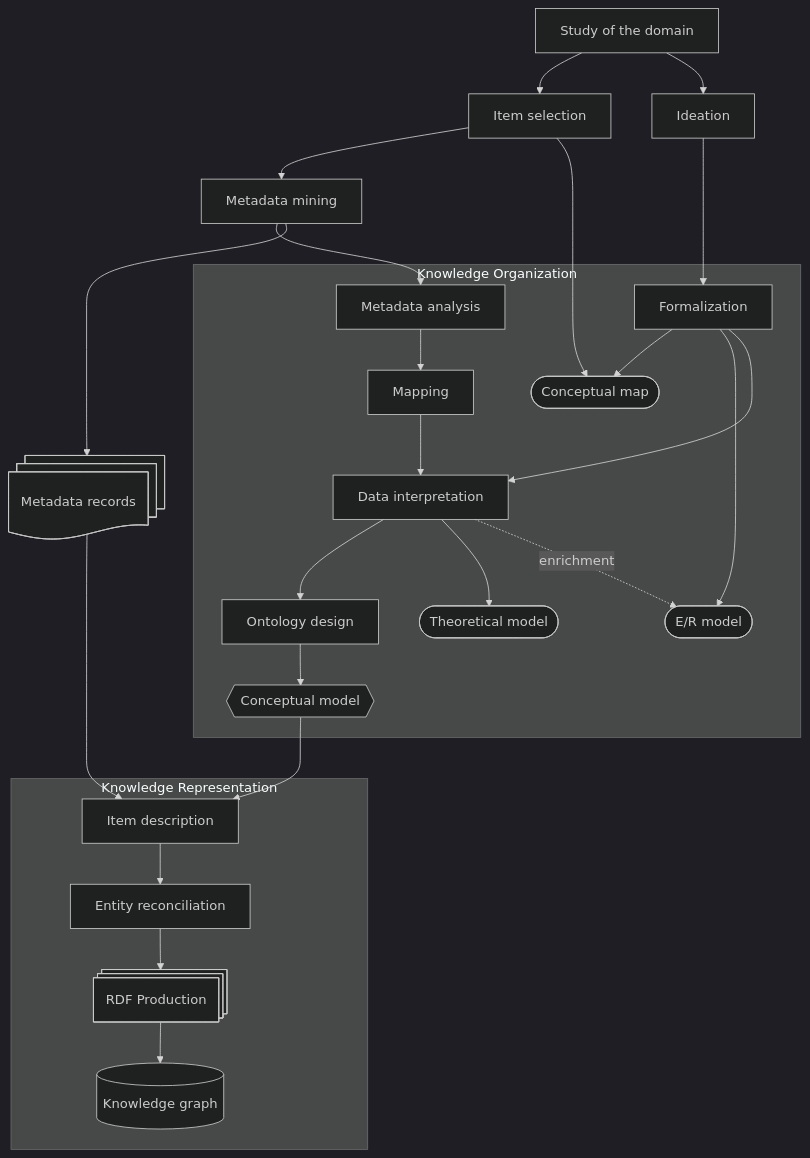
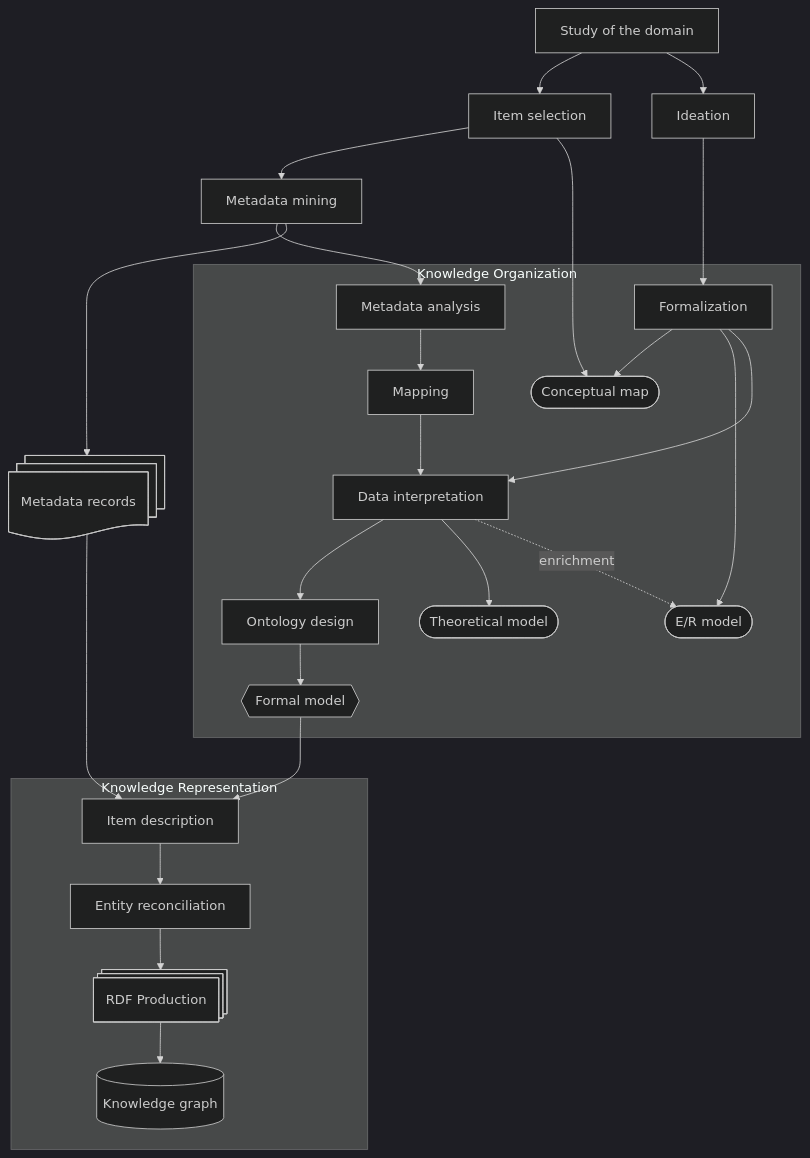
Before and after one commit to f3mf/gdo: the diagram in docs/index.md, drawn with Mermaid (dark theme). The commit also changed other lines of this file and 73 other files, not shown here.

````diff
--- a/docs/index.md
+++ b/docs/index.md
@@ -20,51 +24,51 @@
 ``` mermaid
 flowchart TB
   Domain[Study of the domain]
   Items[Item selection]
   Mining[Metadata mining]
   Ideation[Ideation]
   Records@{ shape: documents, label: "Metadata records" }
 
   subgraph Knowledge Organization
     Formalization[Formalization]
     Analysis[Metadata analysis]
     Mapping[Mapping]
     Interpretation[Data interpretation]
     Ontology[Ontology design]
-    Map([Conceptual map])
+    Conceptual([Conceptual map])
     ER([E/R model])
     Theoretical([Theoretical model])
-    Conceptual{{Conceptual model}}
+    Formal{{Formal model}}
   end
 
   subgraph Knowledge Representation
     Description[Item description]
     Reconciliation[Entity reconciliation]
     RDF@{ shape: processes, label: "RDF Production" }
     Graph[(Knowledge graph)]
   end
 
   Domain --> Items
   Domain --> Ideation
   Ideation ---> Formalization
-  Formalization --> Map
+  Formalization --> Conceptual
   Formalization --> ER
   Formalization ---> Interpretation
   Items --> Mining
-  Items --> Map
+  Items --> Conceptual
   Mining --> Analysis
   Mining --> Records
   Analysis --> Mapping
   Mapping --> Interpretation
   Interpretation --> Ontology
   Interpretation --> Theoretical
   Interpretation -.->|enrichment| ER
-  Ontology --> Conceptual
+  Ontology --> Formal
 
   Records ----> Description
-  Conceptual --> Description
+  Formal --> Description
   Description --> Reconciliation
   Reconciliation --> RDF
   RDF --> Graph
 
 ```
````
